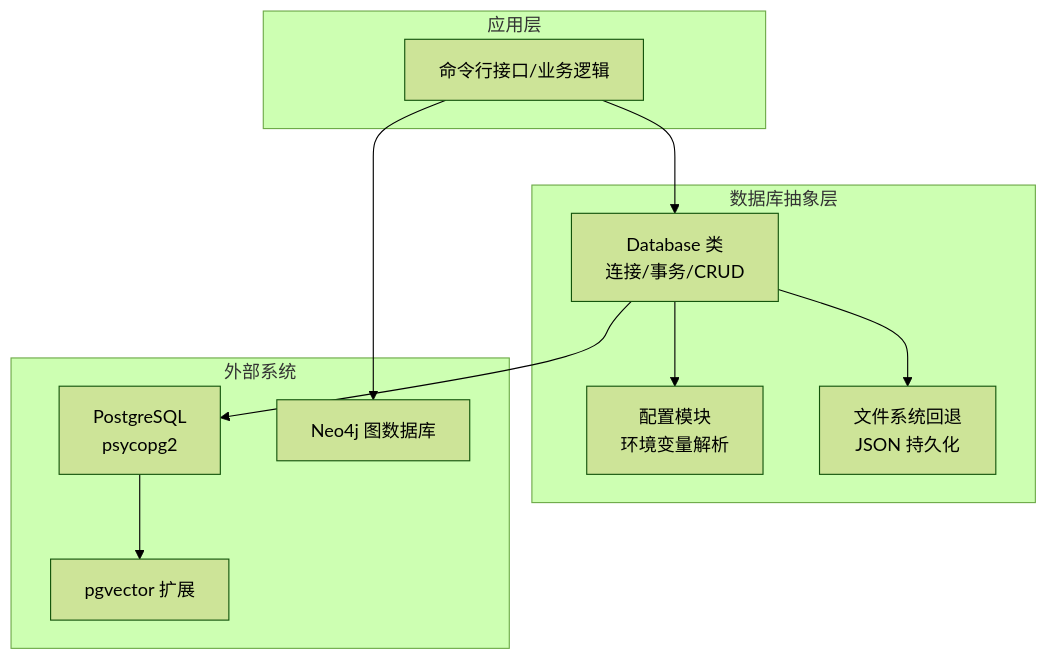
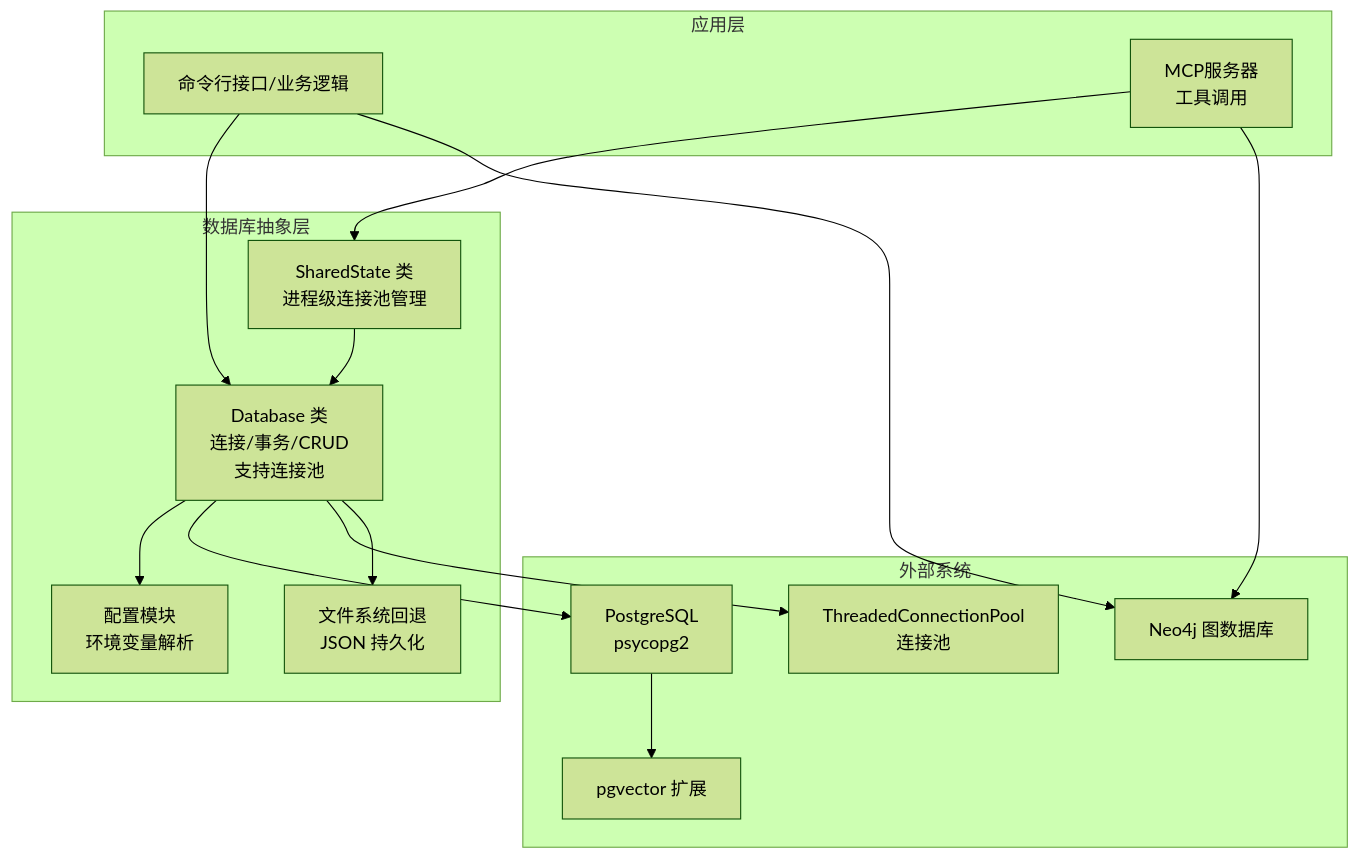
One commit to 1173591564/academic-based-qoder changed the first of 6 diagrams in .qoder/repowiki/zh/content/Python后端系统/数据库抽象层.md. Above: the diagram before and after it, drawn with Mermaid (forest theme). The commit also changed other lines of this file and 80 other files, not shown here.

````diff
--- a/.qoder/repowiki/zh/content/Python后端系统/数据库抽象层.md
+++ b/.qoder/repowiki/zh/content/Python后端系统/数据库抽象层.md
@@ -35,22 +50,29 @@
 ```mermaid
 graph TB
 subgraph "应用层"
 CLI["命令行接口/业务逻辑"]
+MCP["MCP服务器<br/>工具调用"]
 end
 subgraph "数据库抽象层"
-DB["Database 类<br/>连接/事务/CRUD"]
+DB["Database 类<br/>连接/事务/CRUD<br/>支持连接池"]
+STATE["SharedState 类<br/>进程级连接池管理"]
 CFG["配置模块<br/>环境变量解析"]
 FS["文件系统回退<br/>JSON 持久化"]
 end
 subgraph "外部系统"
 PG["PostgreSQL<br/>psycopg2"]
+POOL["ThreadedConnectionPool<br/>连接池"]
 NV["pgvector 扩展"]
 GDB["Neo4j 图数据库"]
 end
 CLI --> DB
+MCP --> STATE
+STATE --> DB
 DB --> CFG
 DB --> PG
+DB --> POOL
 DB --> FS
 PG --> NV
 CLI --> GDB
+MCP --> GDB
 ```
````
